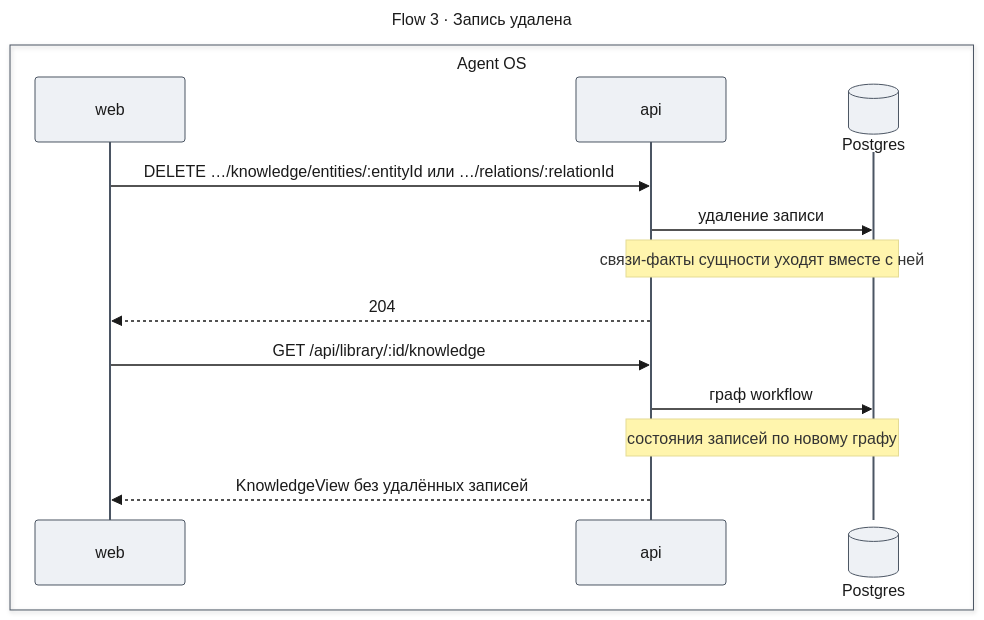
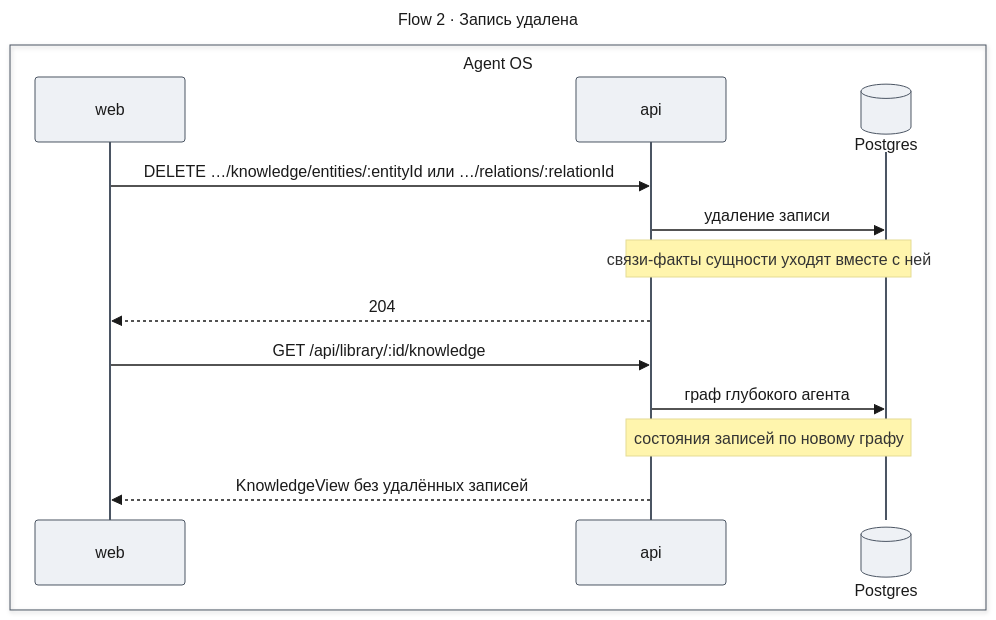
Before and after one commit to tundraray/agent-os: the fifth of 7 diagrams in docs/features/self-learning/design-web.md, drawn with Mermaid. The commit also changed other lines of this file and 13 other files, not shown here.

````diff
--- a/docs/features/self-learning/design-web.md
+++ b/docs/features/self-learning/design-web.md
@@ -531,36 +414,36 @@
 ```mermaid
 ---
-title: "Flow 3 · Запись удалена"
+title: "Flow 2 · Запись удалена"
 config:
   theme: base
   look: classic
   themeVariables:
     primaryColor: "#eef1f5"
     primaryBorderColor: "#4b5563"
     primaryTextColor: "#1a1a1a"
     lineColor: "#6b7280"
   themeCSS: |
     @keyframes lit_wf3{0%,15%{stroke:#991b1b;stroke-width:6px}16.67%,100%{stroke:#37474f;stroke-width:2px}}
     @keyframes litr_wf3{0%,15%{stroke:#1d4ed8;stroke-width:6px}16.67%,100%{stroke:#37474f;stroke-width:2px}}
     .messageLine0[data-id='i0'],.messageLine1[data-id='i0']{animation:lit_wf3 7.2s linear 0s infinite}
     .messageLine0[data-id='i1'],.messageLine1[data-id='i1']{animation:lit_wf3 7.2s linear 1.2s infinite}
     .messageLine0[data-id='i3'],.messageLine1[data-id='i3']{animation:lit_wf3 7.2s linear 2.4s infinite}
     .messageLine0[data-id='i4'],.messageLine1[data-id='i4']{animation:litr_wf3 7.2s linear 3.6s infinite}
     .messageLine0[data-id='i5'],.messageLine1[data-id='i5']{animation:litr_wf3 7.2s linear 4.8s infinite}
     .messageLine0[data-id='i7'],.messageLine1[data-id='i7']{animation:litr_wf3 7.2s linear 6s infinite}
 ---
 sequenceDiagram
     box Agent OS
         participant web
         participant api
         participant DB@{ "type": "database" } as Postgres
     end
     web->>api: DELETE …/knowledge/entities/:entityId или …/relations/:relationId
     api->>DB: удаление записи
     Note over api,DB: связи-факты сущности уходят вместе с ней
     api-->>web: 204
     web->>api: GET /api/library/:id/knowledge
-    api->>DB: граф workflow
+    api->>DB: граф глубокого агента
     Note over api,DB: состояния записей по новому графу
     api-->>web: KnowledgeView без удалённых записей
 ```
````
